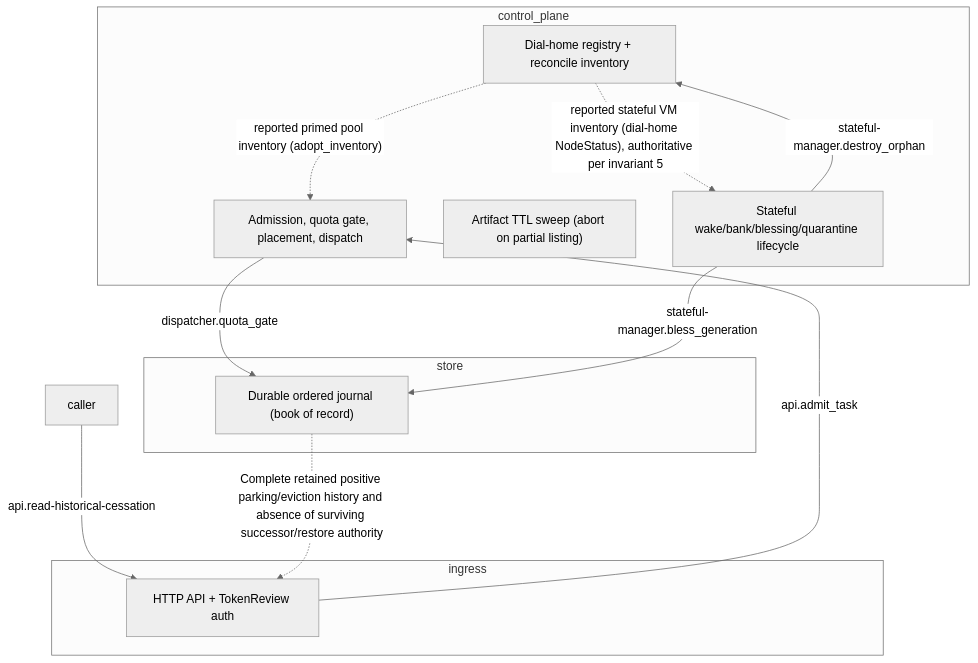
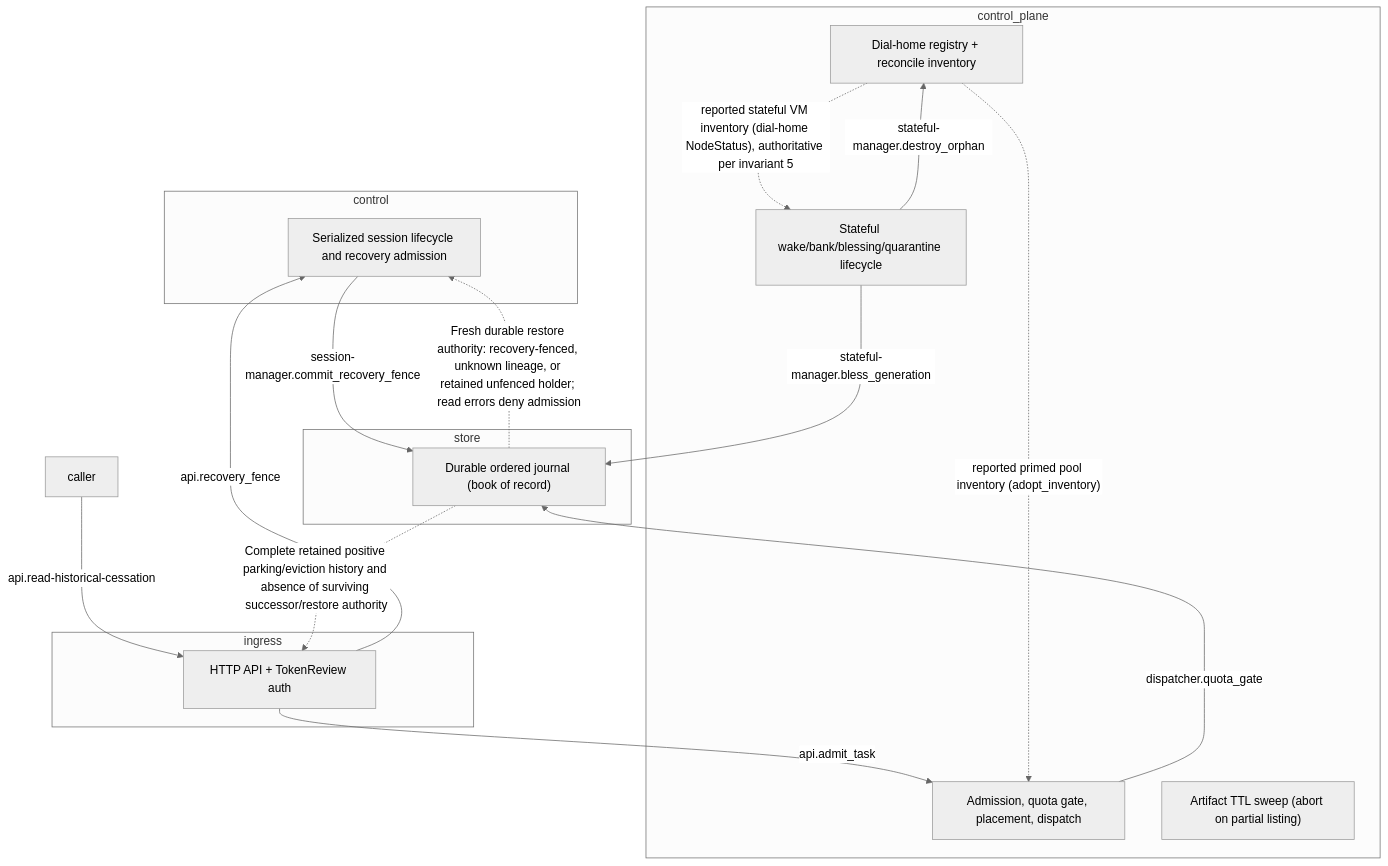
Before and after one commit to jomcgi-org/homelab: the first of 2 diagrams in projects/embervm/STPA.md, drawn with Mermaid (neutral theme). The commit also changed other lines of this file and 28 other files, not shown here.

Commit message:
fix(factory): fence ceased lineages before settled retry recovery

````diff
--- a/projects/embervm/STPA.md
+++ b/projects/embervm/STPA.md
@@ -19,23 +19,29 @@
 ```mermaid
 flowchart TD
+  subgraph control["control"]
+    session-manager["Serialized session lifecycle and recovery admission"]
+  end
   subgraph control_plane["control_plane"]
     dispatcher["Admission, quota gate, placement, dispatch"]
     node-registry["Dial-home registry + reconcile inventory"]
     s3-warmth-gc["Artifact TTL sweep (abort on partial listing)"]
     stateful-manager["Stateful wake/bank/blessing/quarantine lifecycle"]
   end
   subgraph ingress["ingress"]
     api["HTTP API + TokenReview auth"]
   end
   subgraph store["store"]
     op-log["Durable ordered journal (book of record)"]
   end
   api -- "api.admit_task" --> dispatcher
   caller -- "api.read-historical-cessation" --> api
+  api -- "api.recovery_fence" --> session-manager
   dispatcher -- "dispatcher.quota_gate" --> op-log
+  session-manager -- "session-manager.commit_recovery_fence" --> op-log
   stateful-manager -- "stateful-manager.bless_generation" --> op-log
   stateful-manager -- "stateful-manager.destroy_orphan" --> node-registry
   node-registry -. "reported primed pool inventory (adopt_inventory)" .-> dispatcher
   node-registry -. "reported stateful VM inventory (dial-home NodeStatus), authoritative per invariant 5" .-> stateful-manager
   op-log -. "Complete retained positive parking/eviction history and absence of surviving successor/restore authority" .-> api
+  op-log -. "Fresh durable restore authority: recovery-fenced, unknown lineage, or retained unfenced holder; read errors deny admission" .-> session-manager
 ```
````
